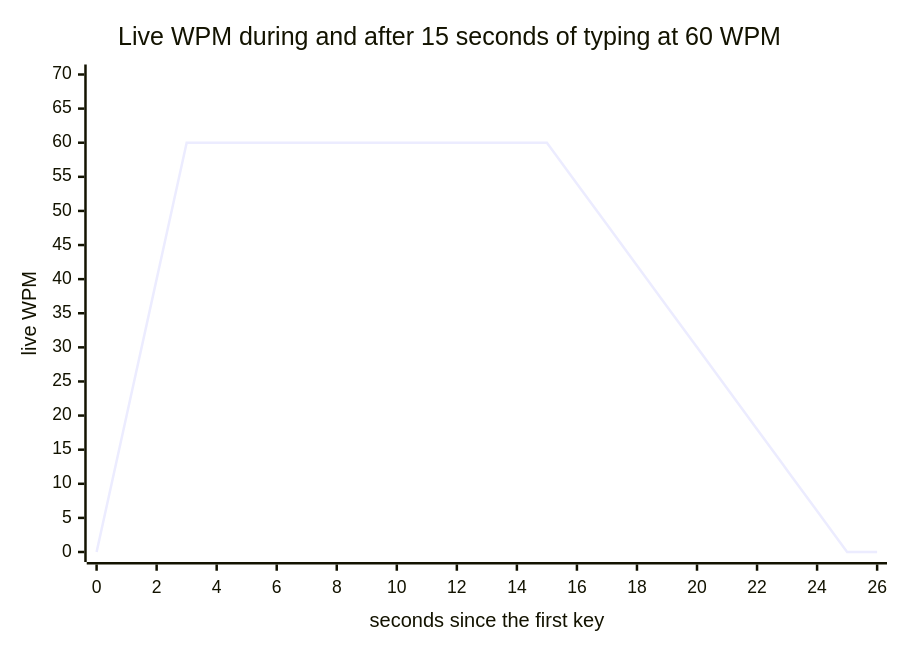
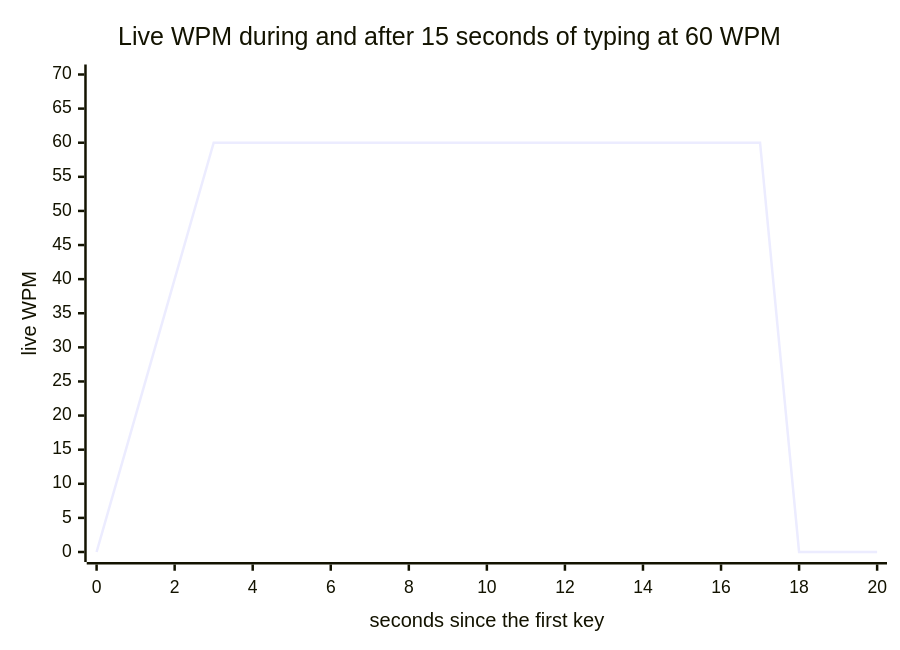
The second of 2 diagrams in docs/wpm-model.md (MrRooby/crusty-fingers), drawn with Mermaid before and after one commit. The commit also changed other lines of this file and 6 other files, not shown here.

````diff
--- a/docs/wpm-model.md
+++ b/docs/wpm-model.md
@@ -85,7 +99,7 @@
 ```mermaid
 xychart-beta
     title "Live WPM during and after 15 seconds of typing at 60 WPM"
-    x-axis "seconds since the first key" 0 --> 26
+    x-axis "seconds since the first key" 0 --> 20
     y-axis "live WPM" 0 --> 70
-    line [0, 20, 40, 60, 60, 60, 60, 60, 60, 60, 60, 60, 60, 60, 60, 60, 54, 48, 42, 36, 30, 24, 18, 12, 6, 0, 0]
+    line [0, 20, 40, 60, 60, 60, 60, 60, 60, 60, 60, 60, 60, 60, 60, 60, 60, 60, 0, 0, 0]
 ```
````
